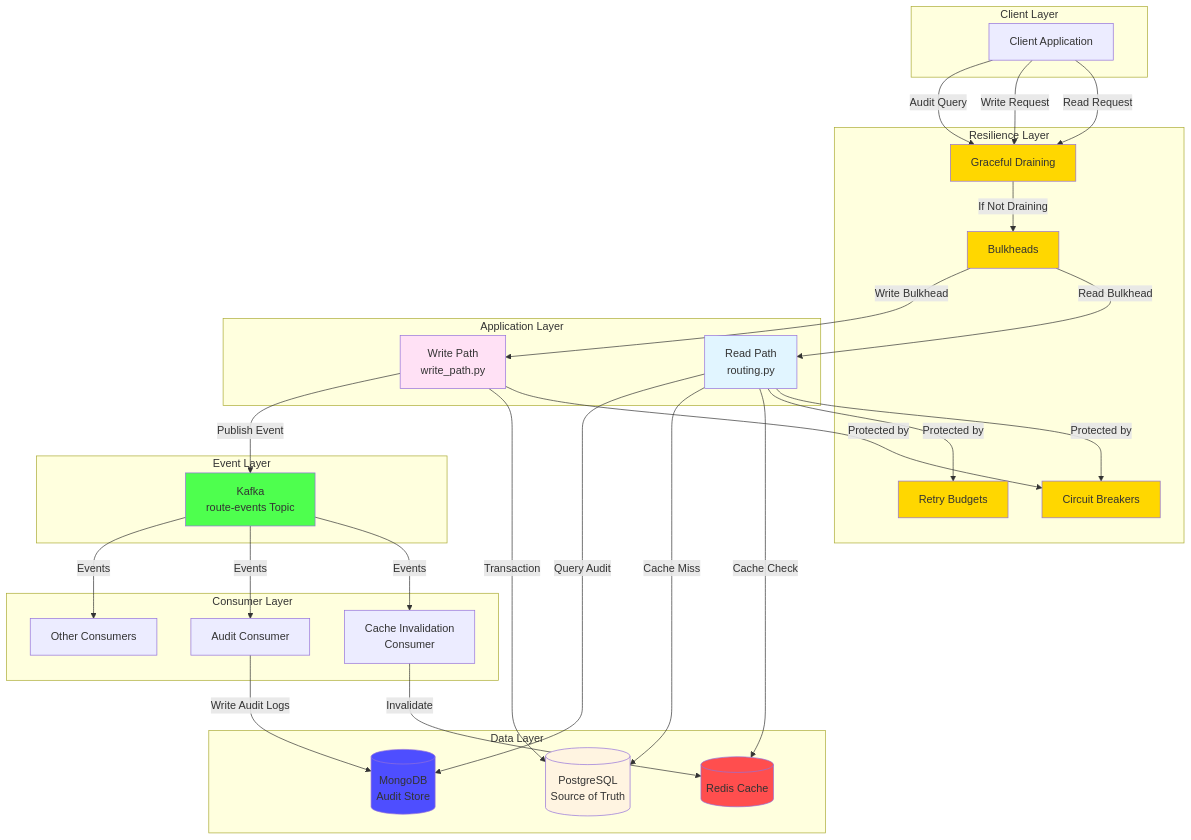
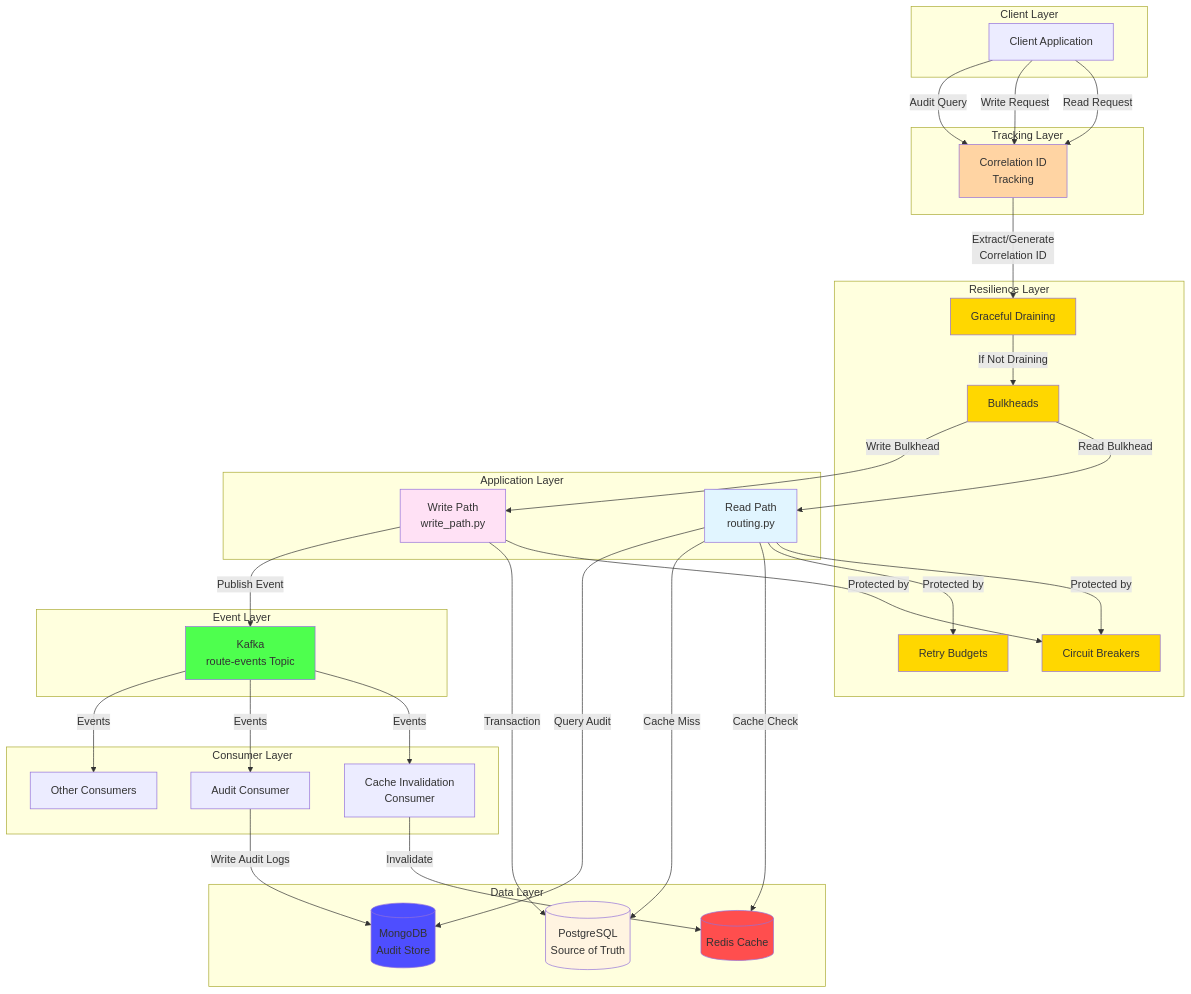
The first of 17 diagrams in architecture/diagrams.md (iamtahmad1/traffic-manager), drawn with Mermaid before and after one commit. The commit also changed other lines of this file and 17 other files, not shown here.

First line of the commit message:
feat: Add end-to-end request tracking with correlation IDs

````diff
--- a/architecture/diagrams.md
+++ b/architecture/diagrams.md
@@ -7,70 +7,76 @@
 ```mermaid
 graph TB
     subgraph "Client Layer"
         Client[Client Application]
+    end
+    
+    subgraph "Tracking Layer"
+        TR[Correlation ID<br/>Tracking]
     end
     
     subgraph "Resilience Layer"
         CB[Circuit Breakers]
         RB[Retry Budgets]
         BH[Bulkheads]
         GD[Graceful Draining]
     end
     
     subgraph "Application Layer"
         ReadPath[Read Path<br/>routing.py]
         WritePath[Write Path<br/>write_path.py]
     end
     
     subgraph "Data Layer"
         Redis[(Redis Cache)]
         PostgreSQL[(PostgreSQL<br/>Source of Truth)]
         MongoDB[(MongoDB<br/>Audit Store)]
     end
     
     subgraph "Event Layer"
         Kafka[Kafka<br/>route-events Topic]
     end
     
     subgraph "Consumer Layer"
         CacheInv[Cache Invalidation<br/>Consumer]
         Audit[Audit Consumer]
         Other[Other Consumers]
     end
     
-    Client -->|Read Request| GD
-    Client -->|Write Request| GD
-    Client -->|Audit Query| GD
+    Client -->|Read Request| TR
+    Client -->|Write Request| TR
+    Client -->|Audit Query| TR
     
+    TR -->|Extract/Generate<br/>Correlation ID| GD
     GD -->|If Not Draining| BH
     BH -->|Read Bulkhead| ReadPath
     BH -->|Write Bulkhead| WritePath
     
     ReadPath -->|Protected by| CB
     ReadPath -->|Protected by| RB
     ReadPath -->|Cache Check| Redis
     ReadPath -->|Cache Miss| PostgreSQL
     ReadPath -->|Query Audit| MongoDB
     
     WritePath -->|Protected by| CB
     WritePath -->|Transaction| PostgreSQL
     WritePath -->|Publish Event| Kafka
     
     Kafka -->|Events| CacheInv
     Kafka -->|Events| Audit
     Kafka -->|Events| Other
     
     CacheInv -->|Invalidate| Redis
     Audit -->|Write Audit Logs| MongoDB
     
     style ReadPath fill:#e1f5ff
     style WritePath fill:#ffe1f5
     style PostgreSQL fill:#fff4e1
     style Redis fill:#ff4e4e
     style MongoDB fill:#4e4eff
     style Kafka fill:#4eff4e
+    style TR fill:#ffd4a3
     style CB fill:#ffd700
     style RB fill:#ffd700
     style BH fill:#ffd700
     style GD fill:#ffd700
 ```
````
